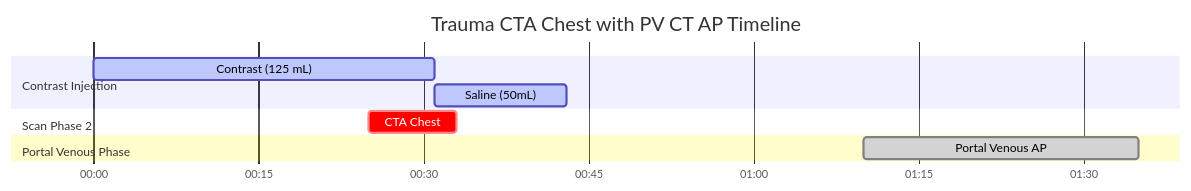
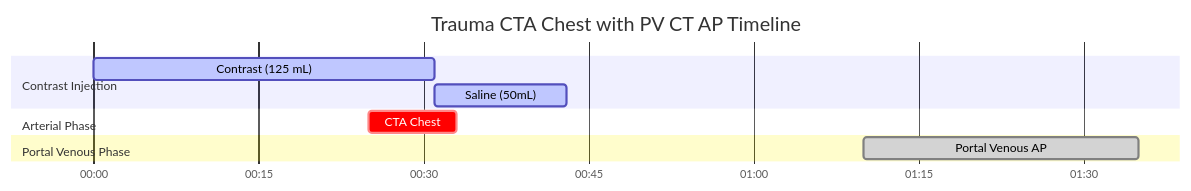
One commit to dfergs93/radiology-protocols changed the diagram in docs/ct/trauma/trauma-cta-chest-with-pv-ct-ap.md. Above: the diagram before and after it, drawn with Mermaid. The commit also changed 79 other files, not shown here.

````diff
--- a/docs/ct/trauma/trauma-cta-chest-with-pv-ct-ap.md
+++ b/docs/ct/trauma/trauma-cta-chest-with-pv-ct-ap.md
@@ -84,18 +84,18 @@
   ```mermaid
   ---
   config:
     theme: default
   ---
     gantt
       title Trauma CTA Chest with PV CT AP Timeline
       dateFormat mm:ss
       axisFormat %M:%S 
       
       section Contrast Injection
       Contrast (125 mL)    :active, contrast, 00:00, 31s
       Saline (50mL)          :active, saline, after contrast, 12s
-      section Scan Phase 2
-      CTA Chest    :crit, scan2, 00:25, 8s
+      section Arterial Phase
+      CTA Chest    :crit, scan1, 00:25, 8s
       section Portal Venous Phase
-      Portal Venous AP    :done, scan3, 01:10, 25s
+      Portal Venous AP    :done, scan2, 01:10, 25s
   ```
````
